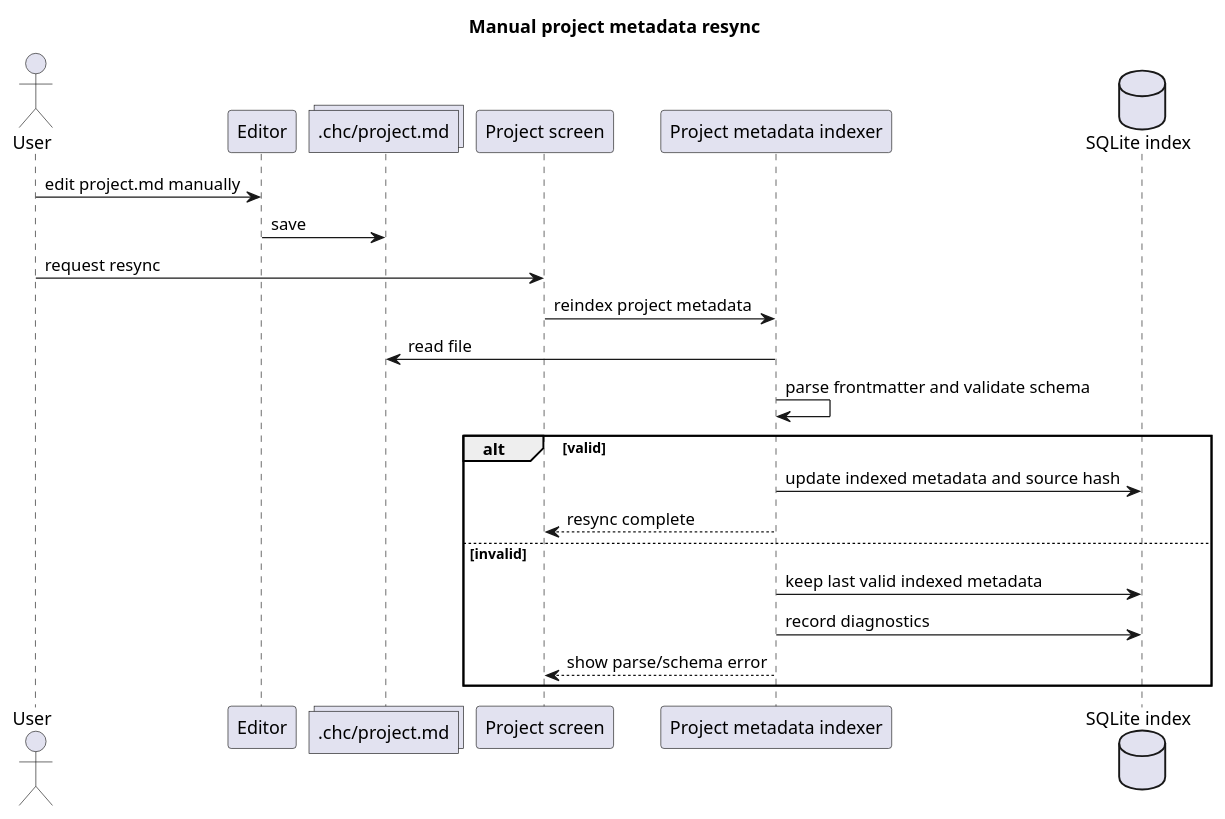
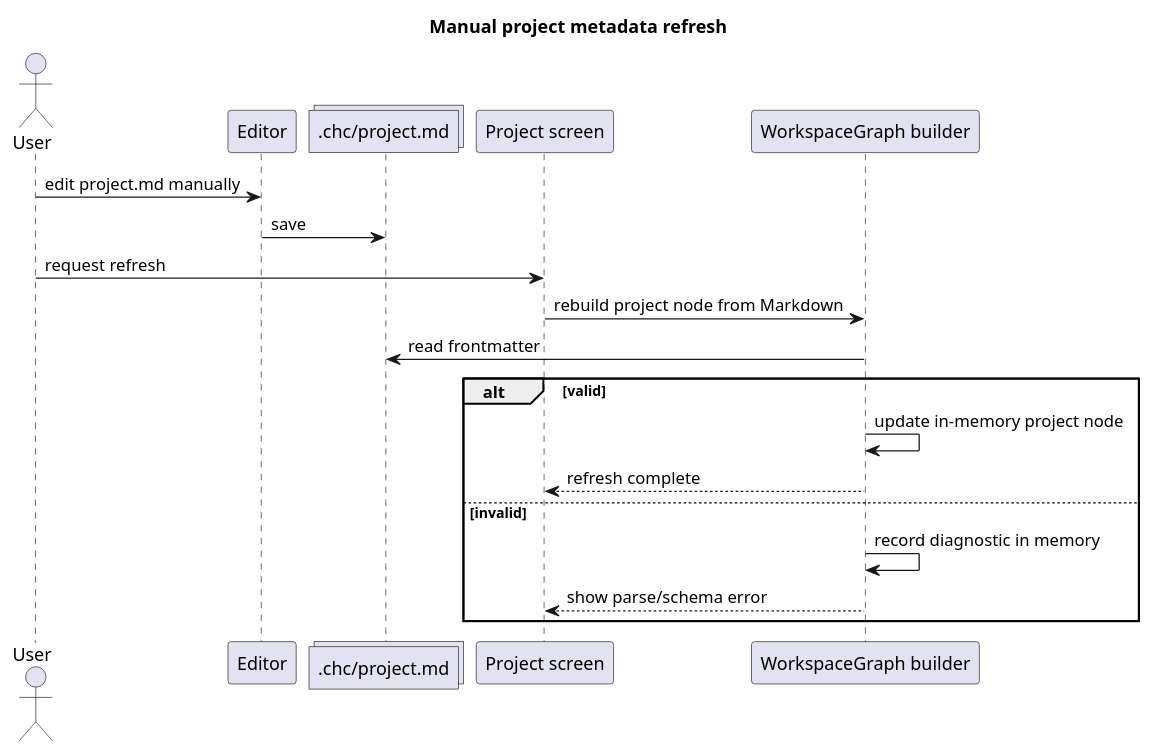
The third of 3 diagrams in .prj/specs/specs/tui-project-tab.md (adrianpk/chr), drawn with PlantUML before and after one commit. The commit also changed other lines of this file and 2 other files, not shown here.

Commit message:
docs(workspace): define markdown-only project cases contract

````diff
--- a/.prj/specs/specs/tui-project-tab.md
+++ b/.prj/specs/specs/tui-project-tab.md
@@ -206,29 +207,26 @@
 ```plantuml
 @startuml
-title Manual project metadata resync
+title Manual project metadata refresh
 
 actor User
 participant Editor
 collections ".chc/project.md" as File
 participant "Project screen" as UI
-participant "Project metadata indexer" as Indexer
-database "SQLite index" as DB
+participant "WorkspaceGraph builder" as Graph
 
 User -> Editor: edit project.md manually
 Editor -> File: save
-User -> UI: request resync
-UI -> Indexer: reindex project metadata
-Indexer -> File: read file
-Indexer -> Indexer: parse frontmatter and validate schema
+User -> UI: request refresh
+UI -> Graph: rebuild project node from Markdown
+Graph -> File: read frontmatter
 
 alt valid
-    Indexer -> DB: update indexed metadata and source hash
-    Indexer --> UI: resync complete
+    Graph -> Graph: update in-memory project node
+    Graph --> UI: refresh complete
 else invalid
-    Indexer -> DB: keep last valid indexed metadata
-    Indexer -> DB: record diagnostics
-    Indexer --> UI: show parse/schema error
+    Graph -> Graph: record diagnostic in memory
+    Graph --> UI: show parse/schema error
 end
 
 @enduml
 ```
````
